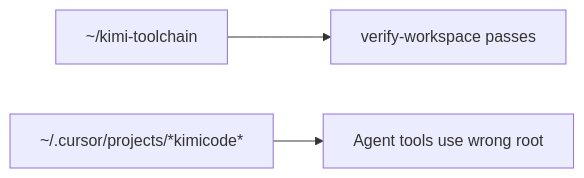
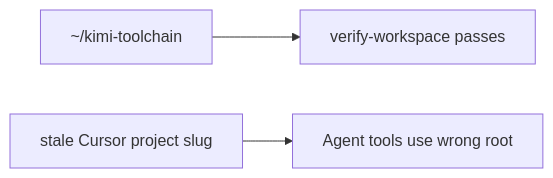
The diagram in UNIFIED.md (brendadeeznuts1111/kimi-toolchain), drawn with Mermaid before and after one commit. The commit also changed other lines of this file and 42 other files, not shown here.

````diff
--- a/UNIFIED.md
+++ b/UNIFIED.md
@@ -240,5 +249,5 @@
 ```mermaid
 flowchart LR
   disk["~/kimi-toolchain"] --> shell["verify-workspace passes"]
-  slug["~/.cursor/projects/*kimicode*"] --> agent["Agent tools use wrong root"]
+  slug["stale Cursor project slug"] --> agent["Agent tools use wrong root"]
 ```
````
